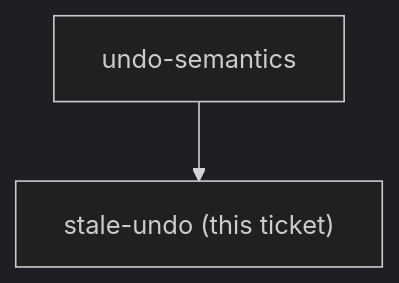
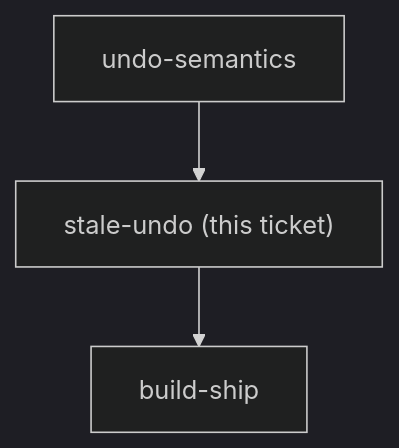
One commit to ThodsaphonSonthiphin/MenuNest changed the diagram in docs/decision-map/shortcut-rail-106/tickets/stale-undo.md. Above: the diagram before and after it, drawn with Mermaid (dark theme). The commit also changed 5 other files, not shown here.

````diff
--- a/docs/decision-map/shortcut-rail-106/tickets/stale-undo.md
+++ b/docs/decision-map/shortcut-rail-106/tickets/stale-undo.md
@@ -16,5 +16,6 @@
 ```mermaid
 graph TD
     ME["stale-undo (this ticket)"]
     P0["undo-semantics"] --> ME
+    ME --> C0["build-ship"]
 ```
````
